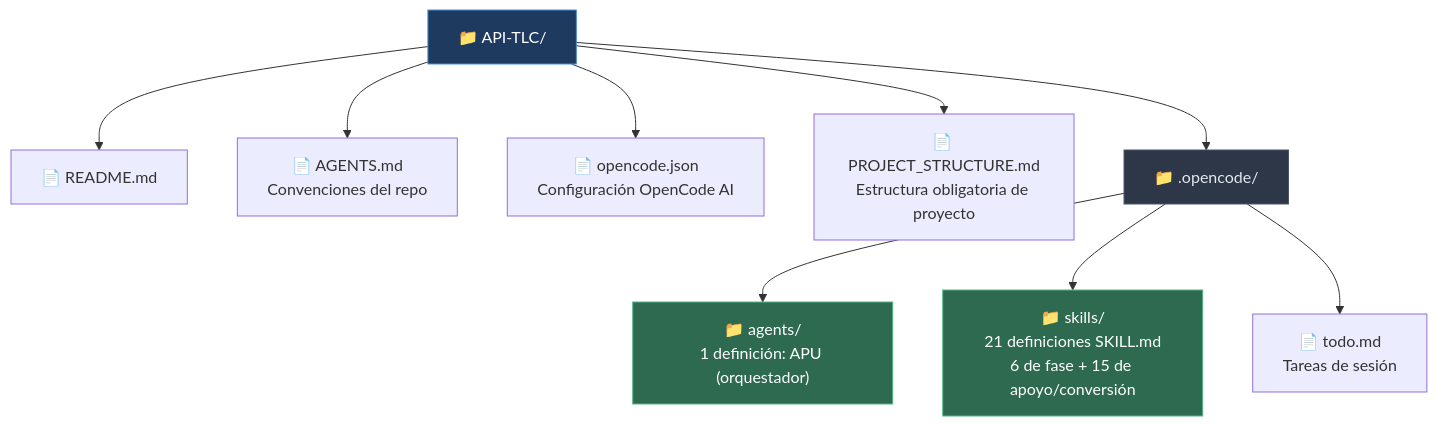
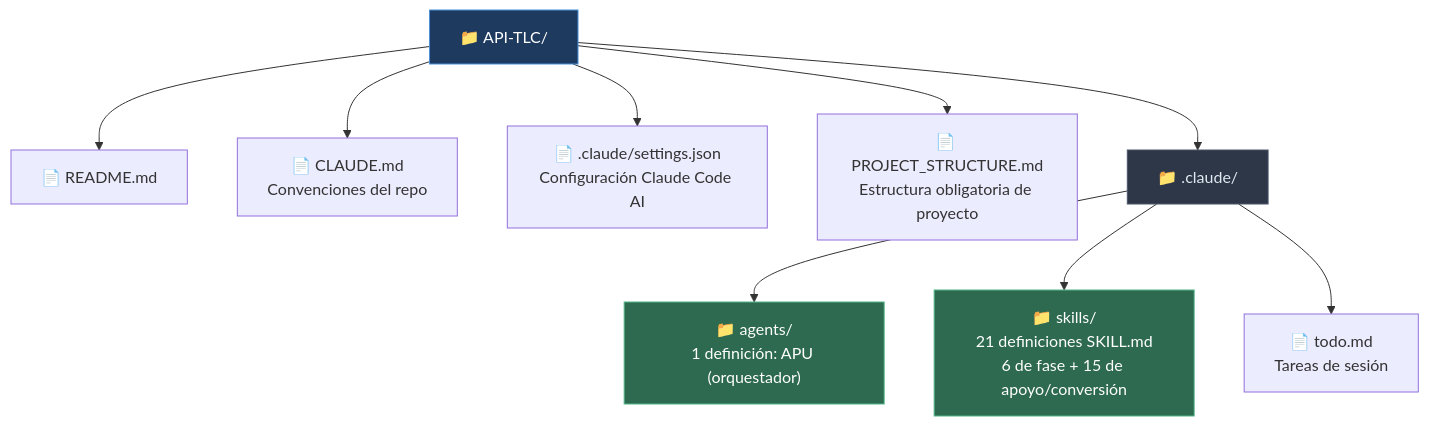
One commit to criquil/QA-Agents-Ecosystem changed the sixth of 7 diagrams in API-TLC/README.md. Above: the diagram before and after it, drawn with Mermaid. The commit also changed other lines of this file and 305 other files, not shown here.

First line of the commit message:
Migrar el ecosistema de opencode a Claude Code

````diff
--- a/API-TLC/README.md
+++ b/API-TLC/README.md
@@ -239,19 +239,19 @@
 ```mermaid
 graph TD
     ROOT["📁 API-TLC/"]
 
     ROOT --> README["📄 README.md"]
-    ROOT --> AGENTS["📄 AGENTS.md\nConvenciones del repo"]
-    ROOT --> OC["📄 opencode.json\nConfiguración OpenCode AI"]
+    ROOT --> AGENTS["📄 CLAUDE.md\nConvenciones del repo"]
+    ROOT --> OC["📄 .claude/settings.json\nConfiguración Claude Code AI"]
     ROOT --> PS["📄 PROJECT_STRUCTURE.md\nEstructura obligatoria de proyecto"]
-    ROOT --> OCD["📁 .opencode/"]
+    ROOT --> OCD["📁 .claude/"]
 
     OCD --> AG["📁 agents/\n1 definición: APU (orquestador)"]
     OCD --> SK["📁 skills/\n21 definiciones SKILL.md\n6 de fase + 15 de apoyo/conversión"]
     OCD --> TODO["📄 todo.md\nTareas de sesión"]
 
     style ROOT fill:#1e3a5f,color:#fff,stroke:#4a90d9
     style OCD fill:#2d3748,color:#e2e8f0,stroke:#4a5568
     style AG fill:#2d6a4f,color:#fff,stroke:#52b788
     style SK fill:#2d6a4f,color:#fff,stroke:#52b788
 ```
````
